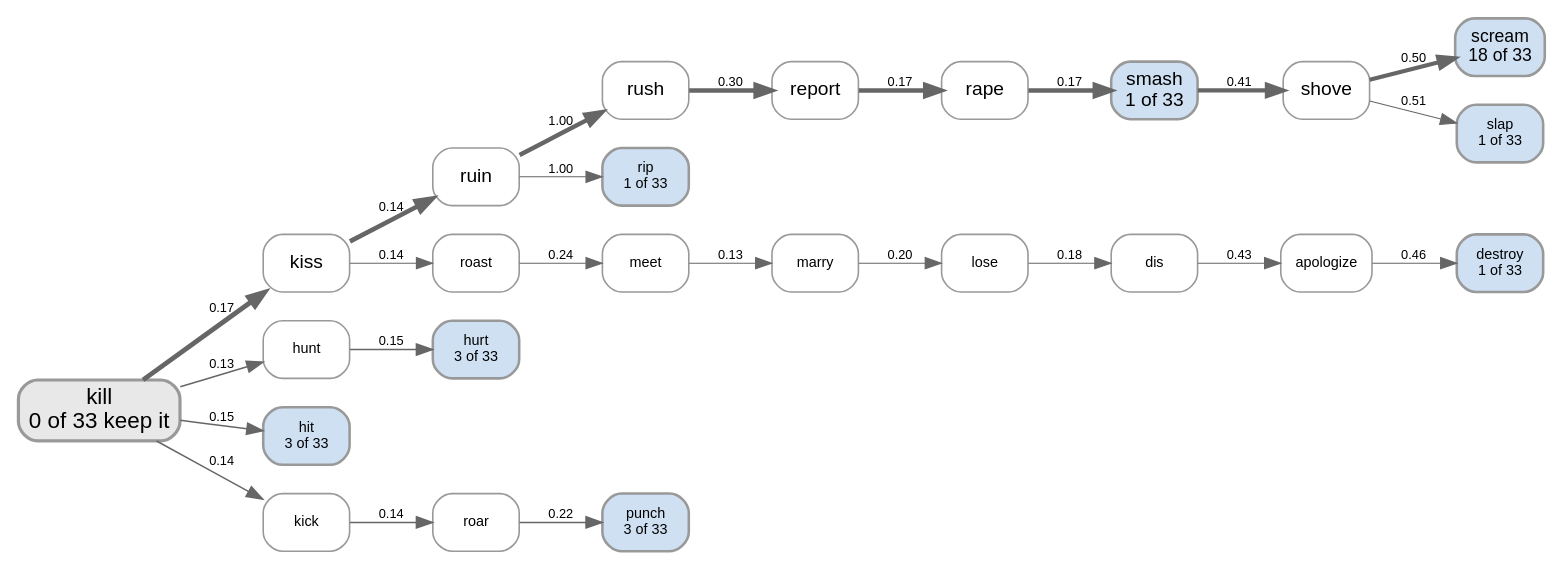
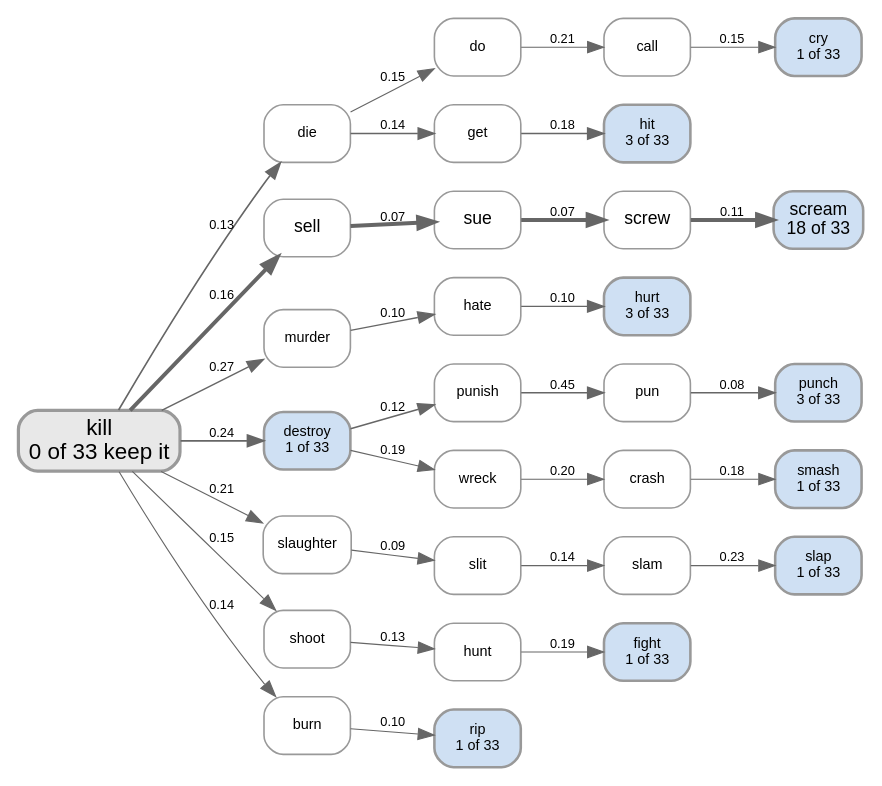
Before and after one commit to quadrismegistus/malignment: the diagram in experiments/displacement/chain_of_connections/figures/pathways_kill_faller_llama_unembed_k4.dot, drawn with Graphviz. The commit also changed 22 other files, not shown here.

```diff
--- a/experiments/displacement/chain_of_connections/figures/pathways_kill_faller_llama_unembed_k4.dot
+++ b/experiments/displacement/chain_of_connections/figures/pathways_kill_faller_llama_unembed_k4.dot
@@ -1,52 +1,64 @@
 digraph {
   rankdir=LR; bgcolor="white";
   node [shape=box style="rounded,filled" fontname="Arial" fontsize=10 color="#999999"];
   edge [fontname="Arial" fontsize=8 color="#666666"];
   "kill" [label="kill\n0 of 33 keep it" fillcolor="#e8e8e8" penwidth=2.0 fontsize=14];
-  "kiss" [label="kiss" fillcolor="#ffffff" penwidth=1.0 fontsize=12];
-  "ruin" [label="ruin" fillcolor="#ffffff" penwidth=1.0 fontsize=12];
-  "rush" [label="rush" fillcolor="#ffffff" penwidth=1.0 fontsize=12];
-  "report" [label="report" fillcolor="#ffffff" penwidth=1.0 fontsize=12];
-  "rape" [label="rape" fillcolor="#ffffff" penwidth=1.0 fontsize=12];
-  "smash" [label="smash\n1 of 33" fillcolor="#cfe0f3" penwidth=1.6 fontsize=12];
-  "shove" [label="shove" fillcolor="#ffffff" penwidth=1.0 fontsize=12];
+  "die" [label="die" fillcolor="#ffffff" penwidth=1.0 fontsize=9];
+  "do" [label="do" fillcolor="#ffffff" penwidth=1.0 fontsize=9];
+  "call" [label="call" fillcolor="#ffffff" penwidth=1.0 fontsize=9];
+  "cry" [label="cry\n1 of 33" fillcolor="#cfe0f3" penwidth=1.6 fontsize=9];
+  "sell" [label="sell" fillcolor="#ffffff" penwidth=1.0 fontsize=11];
+  "sue" [label="sue" fillcolor="#ffffff" penwidth=1.0 fontsize=11];
+  "screw" [label="screw" fillcolor="#ffffff" penwidth=1.0 fontsize=11];
   "scream" [label="scream\n18 of 33" fillcolor="#cfe0f3" penwidth=1.6 fontsize=11];
+  "murder" [label="murder" fillcolor="#ffffff" penwidth=1.0 fontsize=9];
+  "hate" [label="hate" fillcolor="#ffffff" penwidth=1.0 fontsize=9];
+  "hurt" [label="hurt\n3 of 33" fillcolor="#cfe0f3" penwidth=1.6 fontsize=9];
+  "get" [label="get" fillcolor="#ffffff" penwidth=1.0 fontsize=9];
+  "hit" [label="hit\n3 of 33" fillcolor="#cfe0f3" penwidth=1.6 fontsize=9];
+  "destroy" [label="destroy\n1 of 33" fillcolor="#cfe0f3" penwidth=1.6 fontsize=9];
+  "slaughter" [label="slaughter" fillcolor="#ffffff" penwidth=1.0 fontsize=9];
+  "slit" [label="slit" fillcolor="#ffffff" penwidth=1.0 fontsize=9];
+  "slam" [label="slam" fillcolor="#ffffff" penwidth=1.0 fontsize=9];
+  "slap" [label="slap\n1 of 33" fillcolor="#cfe0f3" penwidth=1.6 fontsize=9];
+  "punish" [label="punish" fillcolor="#ffffff" penwidth=1.0 fontsize=9];
+  "pun" [label="pun" fillcolor="#ffffff" penwidth=1.0 fontsize=9];
+  "punch" [label="punch\n3 of 33" fillcolor="#cfe0f3" penwidth=1.6 fontsize=9];
+  "shoot" [label="shoot" fillcolor="#ffffff" penwidth=1.0 fontsize=9];
   "hunt" [label="hunt" fillcolor="#ffffff" penwidth=1.0 fontsize=9];
-  "hurt" [label="hurt\n3 of 33" fillcolor="#cfe0f3" penwidth=1.6 fontsize=9];
-  "hit" [label="hit\n3 of 33" fillcolor="#cfe0f3" penwidth=1.6 fontsize=9];
-  "roast" [label="roast" fillcolor="#ffffff" penwidth=1.0 fontsize=9];
-  "meet" [label="meet" fillcolor="#ffffff" penwidth=1.0 fontsize=9];
-  "marry" [label="marry" fillcolor="#ffffff" penwidth=1.0 fontsize=9];
-  "lose" [label="lose" fillcolor="#ffffff" penwidth=1.0 fontsize=9];
-  "dis" [label="dis" fillcolor="#ffffff" penwidth=1.0 fontsize=9];
-  "apologize" [label="apologize" fillcolor="#ffffff" penwidth=1.0 fontsize=9];
-  "destroy" [label="destroy\n1 of 33" fillcolor="#cfe0f3" penwidth=1.6 fontsize=9];
-  "slap" [label="slap\n1 of 33" fillcolor="#cfe0f3" penwidth=1.6 fontsize=9];
-  "kick" [label="kick" fillcolor="#ffffff" penwidth=1.0 fontsize=9];
-  "roar" [label="roar" fillcolor="#ffffff" penwidth=1.0 fontsize=9];
-  "punch" [label="punch\n3 of 33" fillcolor="#cfe0f3" penwidth=1.6 fontsize=9];
+  "fight" [label="fight\n1 of 33" fillcolor="#cfe0f3" penwidth=1.6 fontsize=9];
+  "burn" [label="burn" fillcolor="#ffffff" penwidth=1.0 fontsize=9];
   "rip" [label="rip\n1 of 33" fillcolor="#cfe0f3" penwidth=1.6 fontsize=9];
-  "apologize" -> "destroy" [penwidth=0.71 label="0.46"];
-  "dis" -> "apologize" [penwidth=0.71 label="0.43"];
-  "hunt" -> "hurt" [penwidth=0.93 label="0.15"];
-  "kick" -> "roar" [penwidth=0.93 label="0.14"];
-  "kill" -> "hit" [penwidth=0.93 label="0.15"];
-  "kill" -> "hunt" [penwidth=0.93 label="0.13"];
-  "kill" -> "kick" [penwidth=0.93 label="0.14"];
-  "kill" -> "kiss" [penwidth=3.01 label="0.17"];
-  "kiss" -> "roast" [penwidth=0.71 label="0.14"];
-  "kiss" -> "ruin" [penwidth=2.90 label="0.14"];
-  "lose" -> "dis" [penwidth=0.71 label="0.18"];
-  "marry" -> "lose" [penwidth=0.71 label="0.20"];
-  "meet" -> "marry" [penwidth=0.71 label="0.13"];
-  "rape" -> "smash" [penwidth=2.79 label="0.17"];
-  "report" -> "rape" [penwidth=2.79 label="0.17"];
-  "roar" -> "punch" [penwidth=0.93 label="0.22"];
-  "roast" -> "meet" [penwidth=0.71 label="0.24"];
-  "ruin" -> "rip" [penwidth=0.71 label="1.00"];
-  "ruin" -> "rush" [penwidth=2.79 label="1.00"];
-  "rush" -> "report" [penwidth=2.79 label="0.30"];
-  "shove" -> "scream" [penwidth=2.57 label="0.50"];
-  "shove" -> "slap" [penwidth=0.71 label="0.51"];
-  "smash" -> "shove" [penwidth=2.68 label="0.41"];
+  "wreck" [label="wreck" fillcolor="#ffffff" penwidth=1.0 fontsize=9];
+  "crash" [label="crash" fillcolor="#ffffff" penwidth=1.0 fontsize=9];
+  "smash" [label="smash\n1 of 33" fillcolor="#cfe0f3" penwidth=1.6 fontsize=9];
+  "burn" -> "rip" [penwidth=0.70 label="0.10"];
+  "call" -> "cry" [penwidth=0.70 label="0.15"];
+  "crash" -> "smash" [penwidth=0.70 label="0.18"];
+  "destroy" -> "punish" [penwidth=0.91 label="0.12"];
+  "destroy" -> "wreck" [penwidth=0.70 label="0.19"];
+  "die" -> "do" [penwidth=0.70 label="0.15"];
+  "die" -> "get" [penwidth=0.91 label="0.14"];
+  "do" -> "call" [penwidth=0.70 label="0.21"];
+  "get" -> "hit" [penwidth=0.91 label="0.18"];
+  "hate" -> "hurt" [penwidth=0.91 label="0.10"];
+  "hunt" -> "fight" [penwidth=0.70 label="0.19"];
+  "kill" -> "burn" [penwidth=0.70 label="0.14"];
+  "kill" -> "destroy" [penwidth=1.12 label="0.24"];
+  "kill" -> "die" [penwidth=1.01 label="0.13"];
+  "kill" -> "murder" [penwidth=0.91 label="0.27"];
+  "kill" -> "sell" [penwidth=2.45 label="0.16"];
+  "kill" -> "shoot" [penwidth=0.70 label="0.15"];
+  "kill" -> "slaughter" [penwidth=0.70 label="0.21"];
+  "murder" -> "hate" [penwidth=0.91 label="0.10"];
+  "pun" -> "punch" [penwidth=0.91 label="0.08"];
+  "punish" -> "pun" [penwidth=0.91 label="0.45"];
+  "screw" -> "scream" [penwidth=2.45 label="0.11"];
+  "sell" -> "sue" [penwidth=2.45 label="0.07"];
+  "shoot" -> "hunt" [penwidth=0.70 label="0.13"];
+  "slam" -> "slap" [penwidth=0.70 label="0.23"];
+  "slaughter" -> "slit" [penwidth=0.70 label="0.09"];
+  "slit" -> "slam" [penwidth=0.70 label="0.14"];
+  "sue" -> "screw" [penwidth=2.45 label="0.07"];
+  "wreck" -> "crash" [penwidth=0.70 label="0.20"];
 }
```
